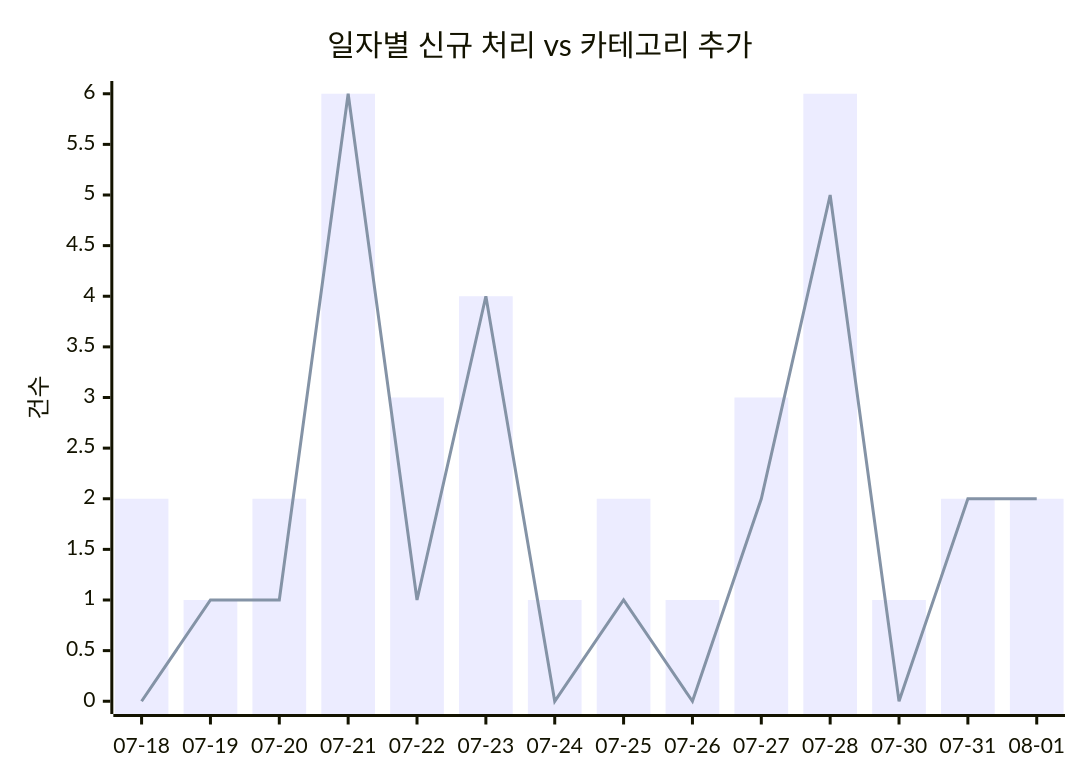
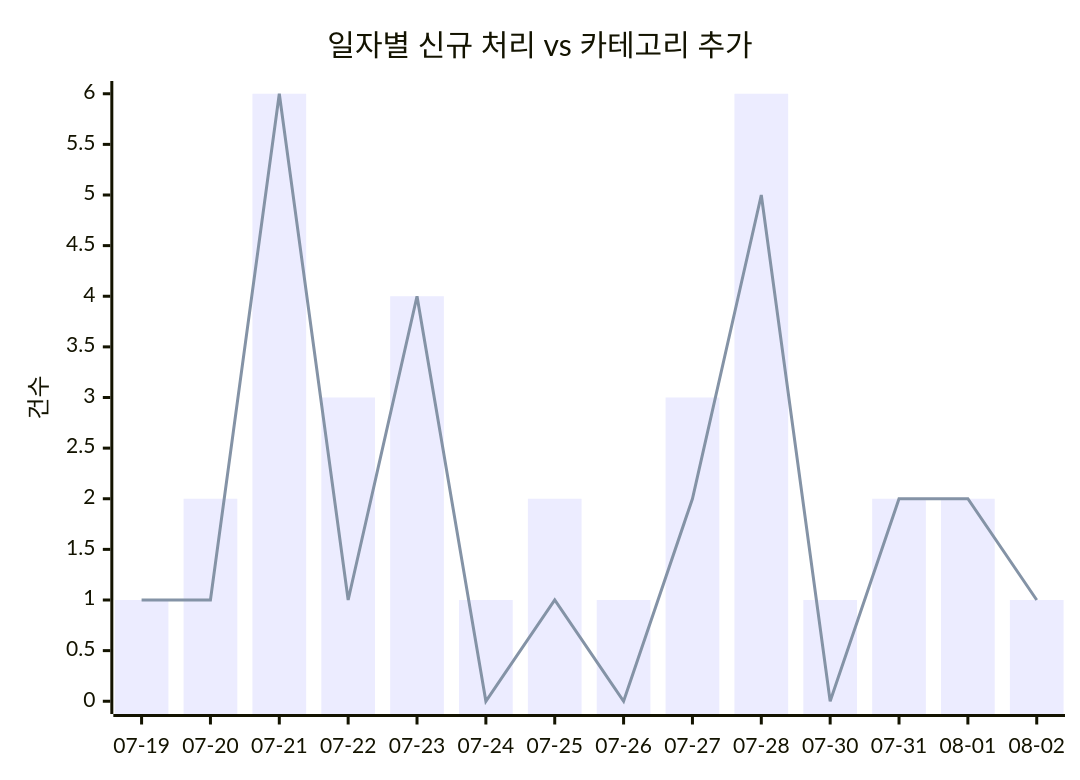
Before and after one commit to J-nowcow/awesome-korean-agent-skills: the first of 2 diagrams in docs/trends.md, drawn with Mermaid. The commit also changed other lines of this file and 4 other files, not shown here.

````diff
--- a/docs/trends.md
+++ b/docs/trends.md
@@ -32,8 +32,8 @@
 ```mermaid
 xychart-beta
     title "일자별 신규 처리 vs 카테고리 추가"
-    x-axis ["07-18","07-19","07-20","07-21","07-22","07-23","07-24","07-25","07-26","07-27","07-28","07-30","07-31","08-01"]
+    x-axis ["07-19","07-20","07-21","07-22","07-23","07-24","07-25","07-26","07-27","07-28","07-30","07-31","08-01","08-02"]
     y-axis "건수"
-    bar [2,1,2,6,3,4,1,2,1,3,6,1,2,2]
-    line [0,1,1,6,1,4,0,1,0,2,5,0,2,2]
+    bar [1,2,6,3,4,1,2,1,3,6,1,2,2,1]
+    line [1,1,6,1,4,0,1,0,2,5,0,2,2,1]
 ```
````
